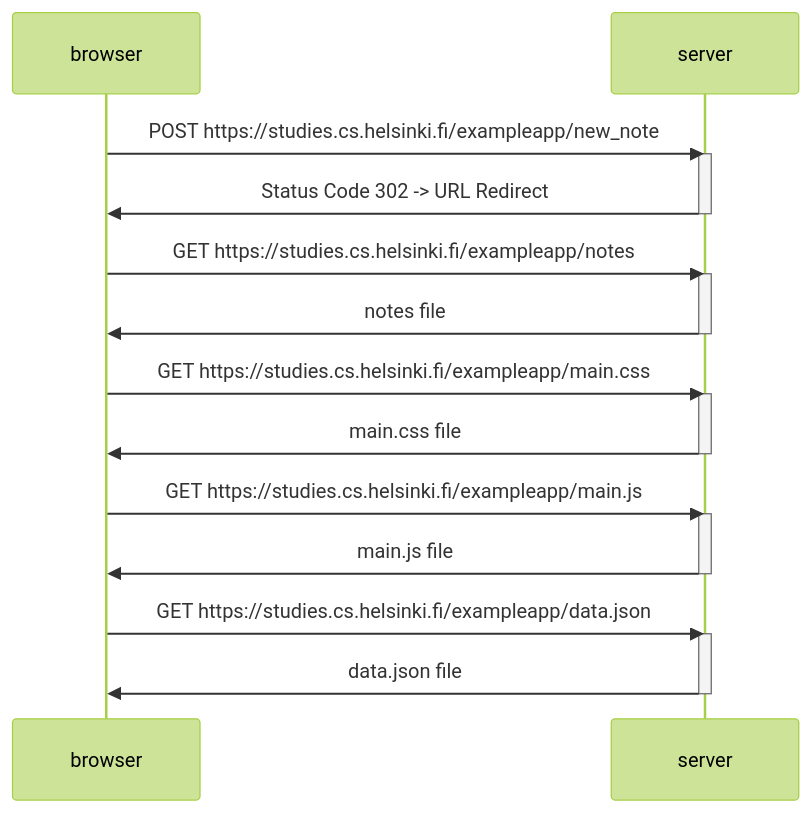
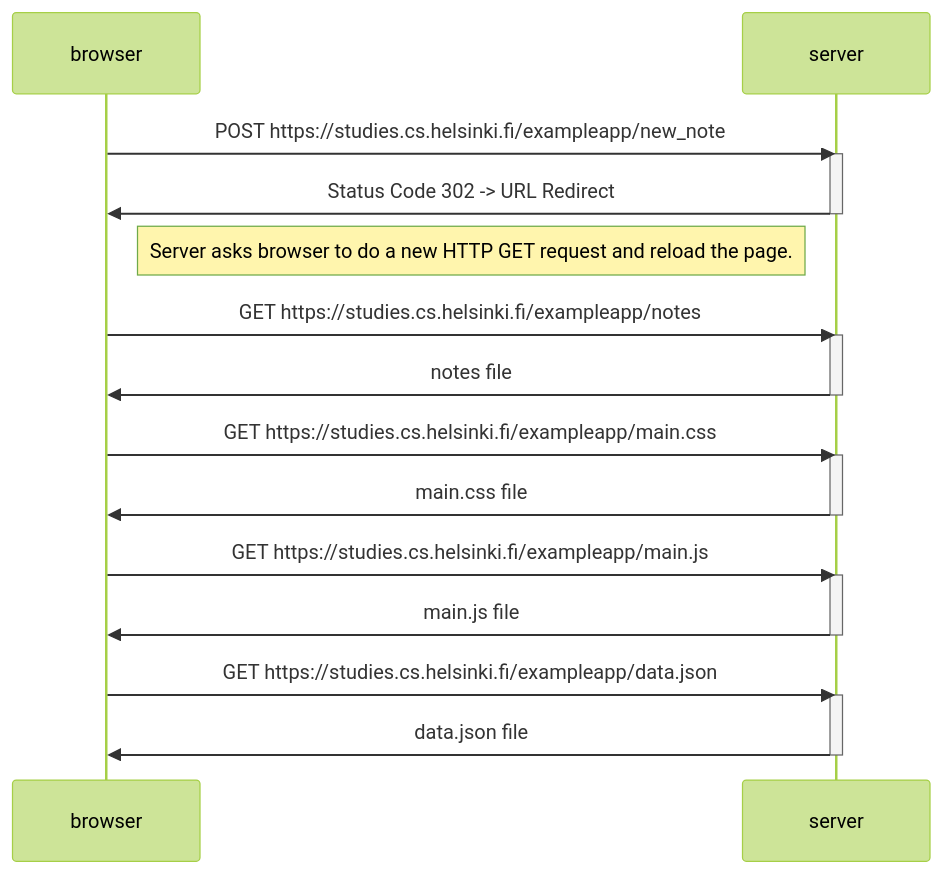
Before and after one commit to Haban22/Fullstack-Open: the diagram in Part0/Exercise_4.md, drawn with Mermaid (forest theme). The commit also changed 1 other file, not shown here.

Commit message:
Exercise 5 complete

````diff
--- a/Part0/Exercise_4.md
+++ b/Part0/Exercise_4.md
@@ -1,30 +1,32 @@
 ```mermaid
 sequenceDiagram
     participant browser
     participant server
 
     browser->>server: POST https://studies.cs.helsinki.fi/exampleapp/new_note
     activate server
     server->>browser: Status Code 302 -> URL Redirect
     deactivate server
+
+    Note right of browser: Server asks browser to do a new HTTP GET request and reload the page.  
 
     browser->>server: GET https://studies.cs.helsinki.fi/exampleapp/notes
     activate server
     server->>browser: notes file
     deactivate server
 
     browser->>server: GET https://studies.cs.helsinki.fi/exampleapp/main.css
     activate server
     server->>browser: main.css file
     deactivate server
 
     browser->>server: GET https://studies.cs.helsinki.fi/exampleapp/main.js
     activate server
     server->>browser: main.js file
     deactivate server
 
     browser->>server: GET https://studies.cs.helsinki.fi/exampleapp/data.json
     activate server
     server->>browser: data.json file
     deactivate server
 ```
````
